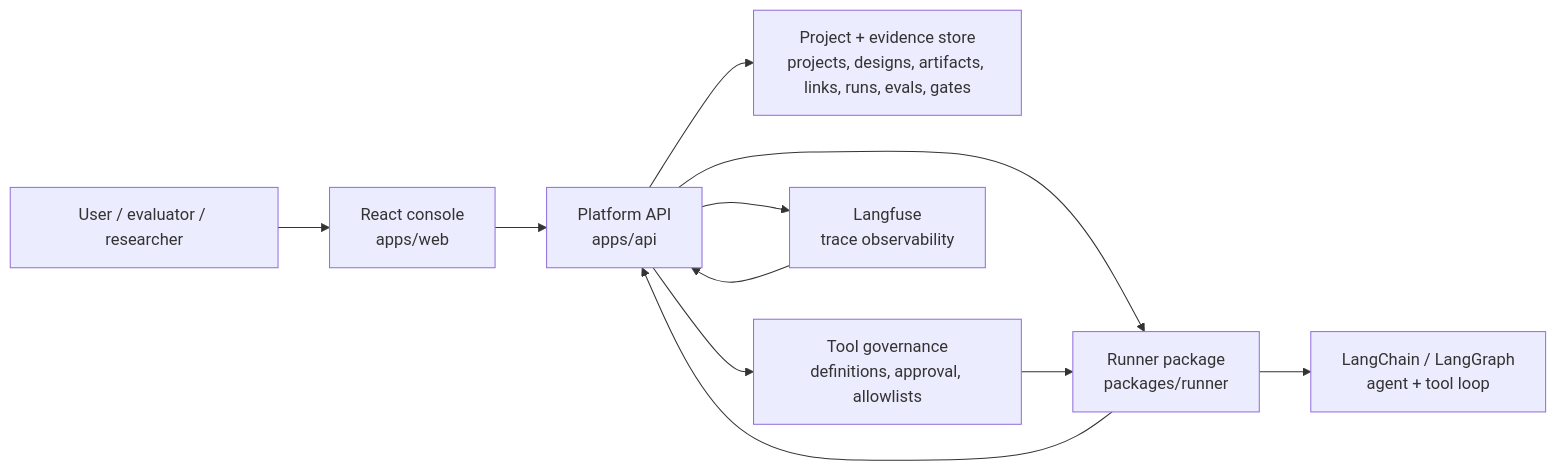
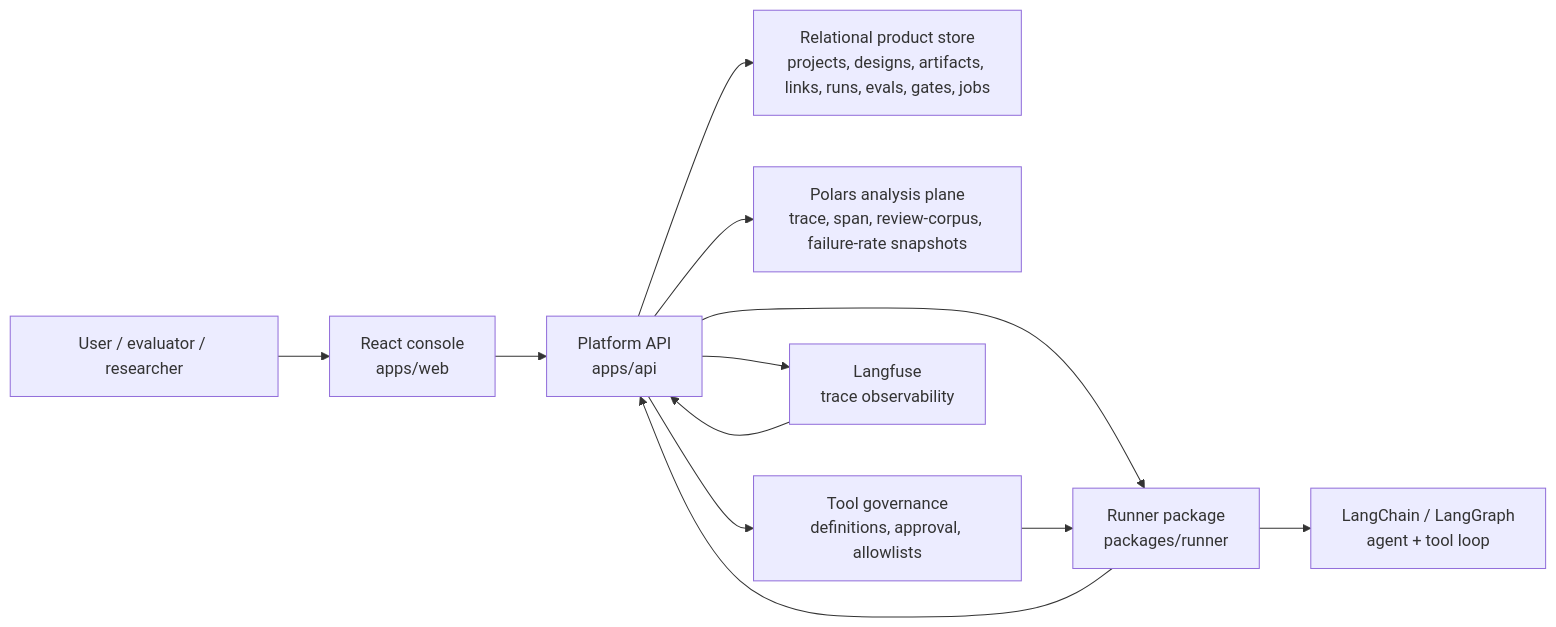
One commit to bfalkowski/edd-platform changed the first of 6 diagrams in docs/ARCHITECTURE.md. Above: the diagram before and after it, drawn with Mermaid. The commit also changed other lines of this file and 22 other files, not shown here.

````diff
--- a/docs/ARCHITECTURE.md
+++ b/docs/ARCHITECTURE.md
@@ -18,22 +20,24 @@
 ```mermaid
 flowchart LR
   User["User / evaluator / researcher"]
   UI["React console<br/>apps/web"]
   API["Platform API<br/>apps/api"]
-  Store["Project + evidence store<br/>projects, designs, artifacts, links, runs, evals, gates"]
+  Store["Relational product store<br/>projects, designs, artifacts, links, runs, evals, gates, jobs"]
+  Analysis["Polars analysis plane<br/>trace, span, review-corpus, failure-rate snapshots"]
   Tools["Tool governance<br/>definitions, approval, allowlists"]
   Runner["Runner package<br/>packages/runner"]
   LangGraph["LangChain / LangGraph<br/>agent + tool loop"]
   Langfuse["Langfuse<br/>trace observability"]
 
   User --> UI
   UI --> API
   API --> Store
+  API --> Analysis
   API --> Tools
   API --> Runner
   Tools --> Runner
   Runner --> LangGraph
   Runner --> API
   API --> Langfuse
   Langfuse --> API
 ```
````
